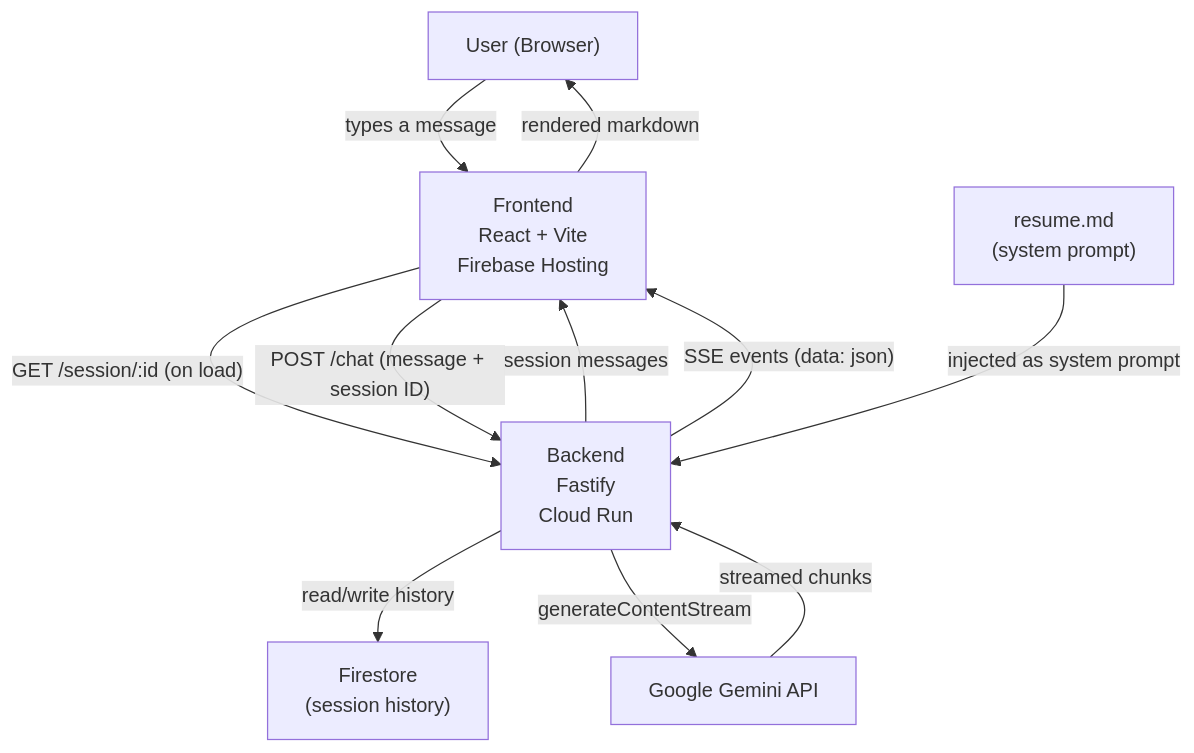
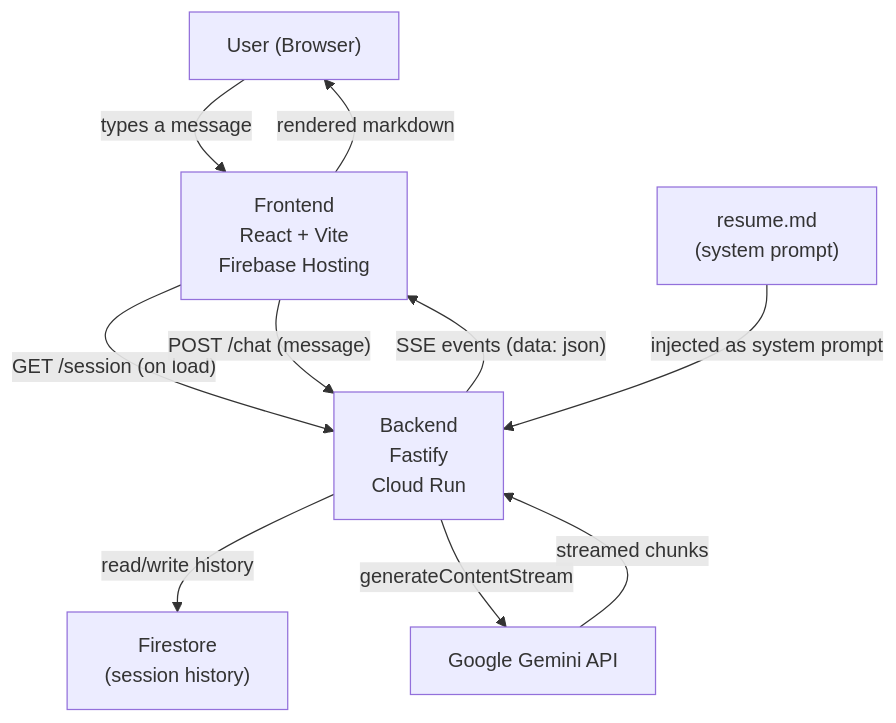
Before and after one commit to aaron-edwards/resume-bot: the diagram in README.md, drawn with Mermaid. The commit also changed other lines of this file and 1 other file, not shown here.

````diff
--- a/README.md
+++ b/README.md
@@ -21,20 +21,19 @@
 ```mermaid
 graph TD
     User["User (Browser)"]
     Web["Frontend\nReact + Vite\nFirebase Hosting"]
     API["Backend\nFastify\nCloud Run"]
     Gemini["Google Gemini API"]
     Resume["resume.md\n(system prompt)"]
     Firestore["Firestore\n(session history)"]
 
     User -->|"types a message"| Web
-    Web -->|"GET /session/:id (on load)"| API
-    API -->|"session messages"| Web
-    Web -->|"POST /chat (message + session ID)"| API
+    Web -->|"GET /session (on load)"| API
+    Web -->|"POST /chat (message)"| API
     API -->|"read/write history"| Firestore
     Resume -->|"injected as system prompt"| API
     API -->|"generateContentStream"| Gemini
     Gemini -->|"streamed chunks"| API
     API -->|"SSE events (data: json)"| Web
     Web -->|"rendered markdown"| User
 ```
````
